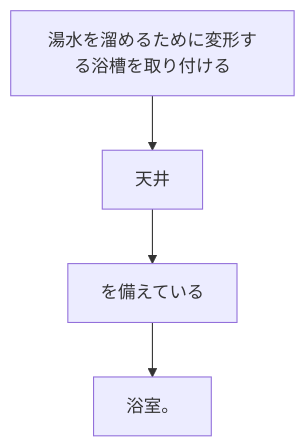
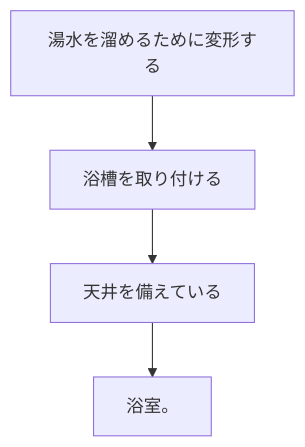
One commit to shinmori55/patent_analyzed changed the diagram in 2024/JP2024021992A/claim_1/README.md. Above: the diagram before and after it, drawn with Mermaid. The commit also changed 336 other files, not shown here.

````diff
--- a/2024/JP2024021992A/claim_1/README.md
+++ b/2024/JP2024021992A/claim_1/README.md
@@ -2,10 +2,10 @@
 ```mermaid
 flowchart TD
-A[湯水を溜めるために変形する浴槽を取り付ける]
-B[天井]
-C[を備えている]
+A[湯水を溜めるために変形する]
+B[浴槽を取り付ける]
+C[天井を備えている]
 D[浴室。]
 A --> B
 B --> C
 C --> D
 ```
````
